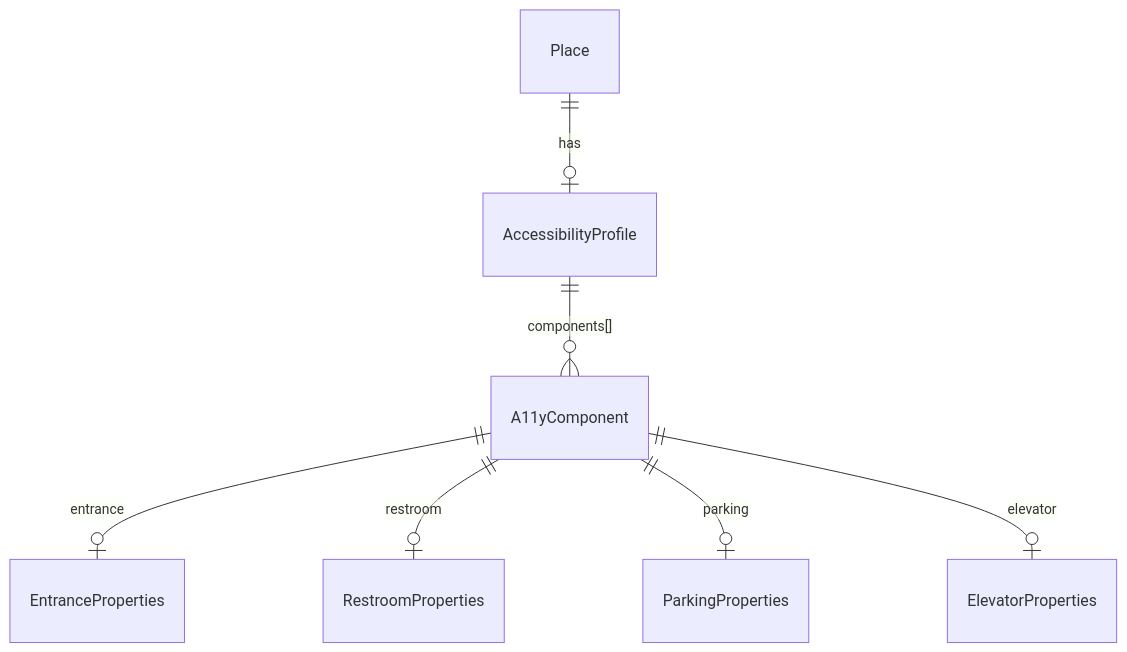
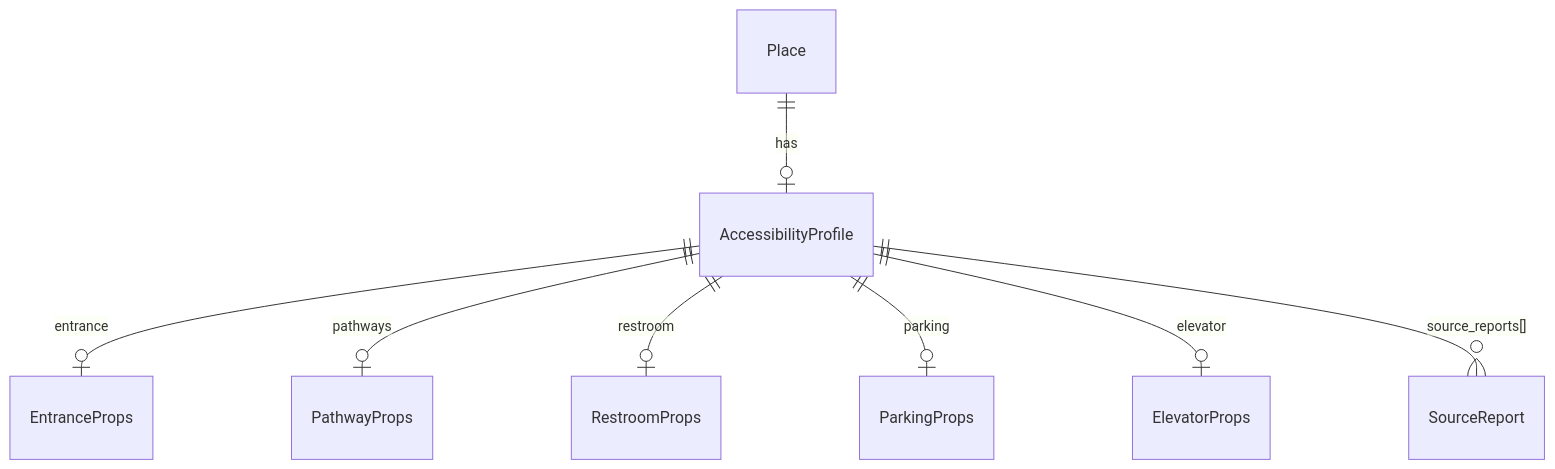
The diagram in pkg/models/README.md (InWheelOrg/inwheel-api), drawn with Mermaid before and after one commit. The commit also changed other lines of this file and 4 other files, not shown here.

Commit message:
docs: sync package READMEs with the current accessibility component model

````diff
--- a/pkg/models/README.md
+++ b/pkg/models/README.md
@@ -15,9 +15,10 @@
 ```mermaid
 erDiagram
     Place ||--o| AccessibilityProfile : "has"
-    AccessibilityProfile ||--o{ A11yComponent : "components[]"
-    A11yComponent ||--o| EntranceProperties : "entrance"
-    A11yComponent ||--o| RestroomProperties : "restroom"
-    A11yComponent ||--o| ParkingProperties : "parking"
-    A11yComponent ||--o| ElevatorProperties : "elevator"
+    AccessibilityProfile ||--o| EntranceProps : "entrance"
+    AccessibilityProfile ||--o| PathwayProps : "pathways"
+    AccessibilityProfile ||--o| RestroomProps : "restroom"
+    AccessibilityProfile ||--o| ParkingProps : "parking"
+    AccessibilityProfile ||--o| ElevatorProps : "elevator"
+    AccessibilityProfile ||--o{ SourceReport : "source_reports[]"
 ```
````
